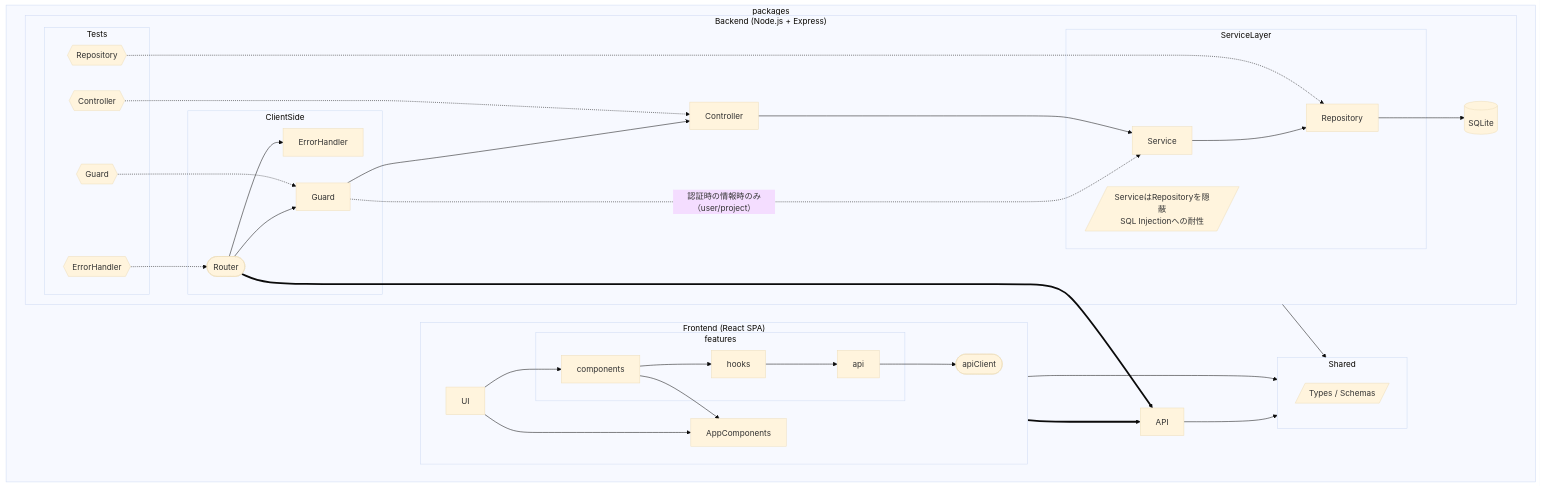
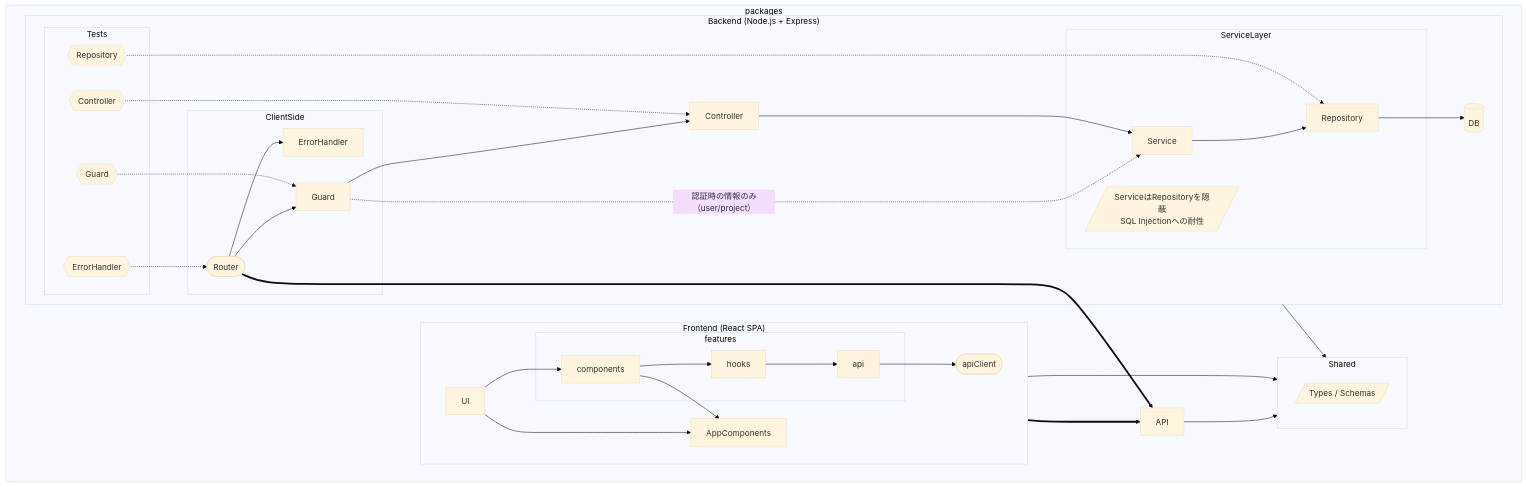
Before and after one commit to fujitashuichi/shared-driven-layered-ddd: the diagram in docs/PortforioFlow.mermaid.md, drawn with Mermaid (base theme). The commit also changed 3 other files, not shown here.

````diff
--- a/docs/PortforioFlow.mermaid.md
+++ b/docs/PortforioFlow.mermaid.md
@@ -1,75 +1,75 @@
 ```mermaid
 flowchart LR
   subgraph packages
     direction LR
 
     subgraph BE["Backend (Node.js + Express)"]
       subgraph Test["Tests"]
         ErrorHandlerTest{{ErrorHandler}}
         ControllerTest{{Controller}}
         GuardTest{{Guard}}
         RepositoryTest{{Repository}}
       end
 
       subgraph ClientSide
         Router([Router])
         ErrorHandler
         Middleware["Guard"]
       end
       Controller[Controller]
       subgraph ServiceLayer
         note_ServiceLayer[/ServiceはRepositoryを隠蔽\nSQL Injectionへの耐性/]
         Service
         Repository[Repository]
       end
-      DB[(SQLite)]
+      DB[(DB)]
 
       %% Backend Flow
       Router --> ErrorHandler
       Router --> Middleware
       Middleware --> Controller
-      Middleware -.->|認証時の情報時のみ（user/project）| Service
+      Middleware -.->|認証時の情報のみ（user/project）| Service
       Controller --> Service
       Service --> Repository
       Repository --> DB
 
       %% Tests
       GuardTest -.-> Middleware
       ControllerTest -.-> Controller
       RepositoryTest -.-> Repository
       ErrorHandlerTest -.-> Router
     end
 
     subgraph Shared["Shared"]
       SharedTypes[/Types / Schemas/]
     end
 
     subgraph FE["Frontend (React SPA)"]
       direction LR
 
       subgraph Features[features]
         components
         --> hooks
         --> api
       end
       apiClient([apiClient])
 
       %% FE Flow
       UI
       --> components
 
       UI & components --> AppComponents
 
       api --> apiClient
     end
 
     %% Frontend <-> Backend
     apiClient ==> API
     Router ==> API
 
     %% -> Shared
     FE --> Shared
     BE --> Shared
     API --> Shared
   end
 ```
````
